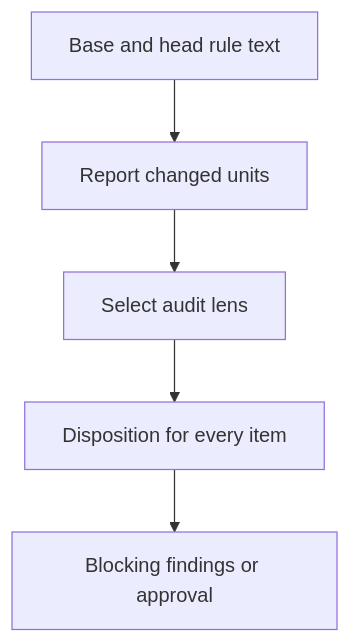
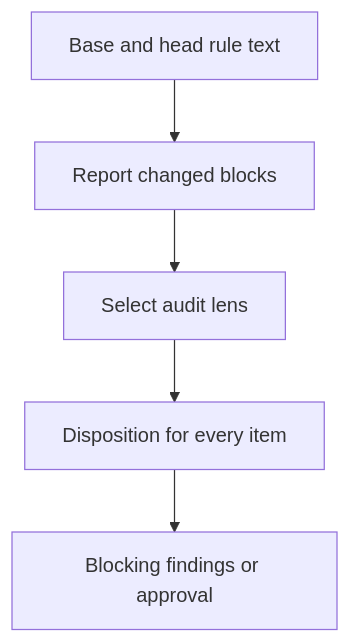
Before and after one commit to symbiotic-build/house-rules: the diagram in docs/specs/rule-changes/rule-changes.md, drawn with Mermaid. The commit also changed other lines of this file and 5 other files, not shown here.

First line of the commit message:
fix(review): compare Git blocks in rule change reports

````diff
--- a/docs/specs/rule-changes/rule-changes.md
+++ b/docs/specs/rule-changes/rule-changes.md
@@ -12,7 +12,7 @@
 ```mermaid
 flowchart TD
-    A["Base and head rule text"] --> B["Report changed units"]
+    A["Base and head rule text"] --> B["Report changed blocks"]
     B --> C["Select audit lens"]
     C --> D["Disposition for every item"]
     D --> E["Blocking findings or approval"]
 ```
````
